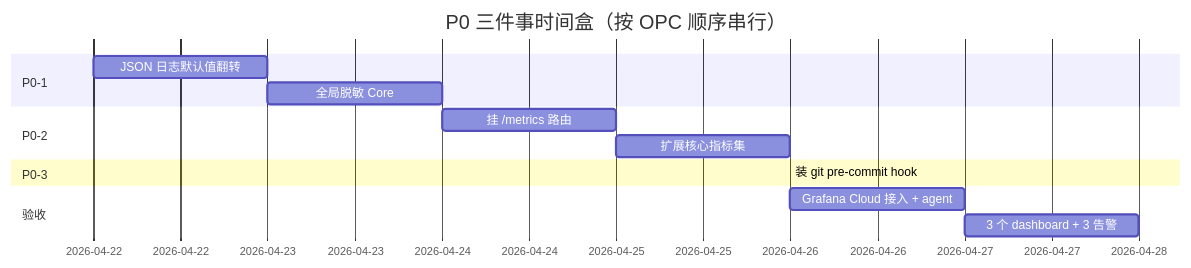
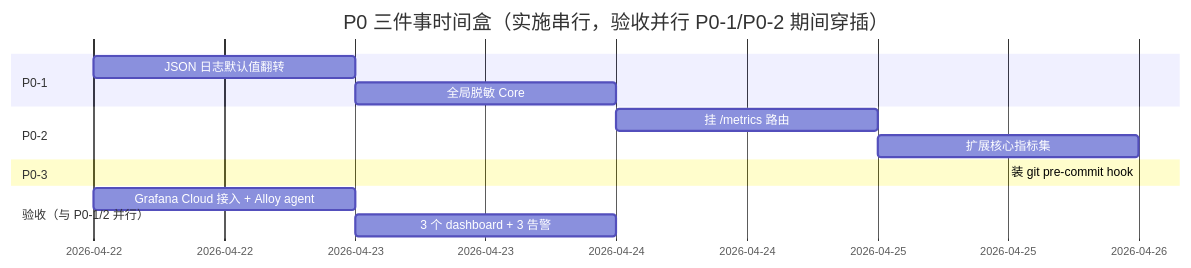
The diagram in docs/approved/ops-p0-observability.md (youxuanxue/sub2api), drawn with Mermaid before and after one commit. The commit also changed other lines of this file and 2 other files, not shown here.

````diff
--- a/docs/approved/ops-p0-observability.md
+++ b/docs/approved/ops-p0-observability.md
@@ -390,16 +390,16 @@
 ```mermaid
 gantt
-    title P0 三件事时间盒（按 OPC 顺序串行）
+    title P0 三件事时间盒（实施串行，验收并行 P0-1/P0-2 期间穿插）
     dateFormat YYYY-MM-DD
     section P0-1
     JSON 日志默认值翻转       :p1a, 2026-04-22, 0.5d
     全局脱敏 Core            :p1b, after p1a, 0.5d
     section P0-2
     挂 /metrics 路由         :p2a, after p1b, 0.5d
     扩展核心指标集            :p2b, after p2a, 1d
     section P0-3
     装 git pre-commit hook   :p3a, after p2b, 0.1d
-    section 验收
-    Grafana Cloud 接入 + agent  :v1, after p3a, 1d
-    3 个 dashboard + 3 告警   :v2, after v1, 1d
+    section 验收（与 P0-1/2 并行）
+    Grafana Cloud 接入 + Alloy agent  :v1, 2026-04-22, 1d
+    3 个 dashboard + 3 告警           :v2, after v1, 1d
 ```
````
